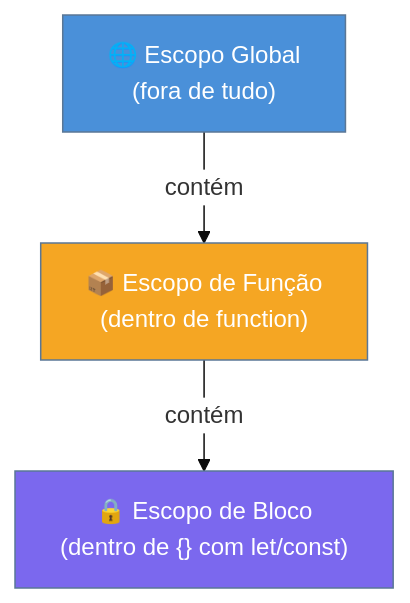
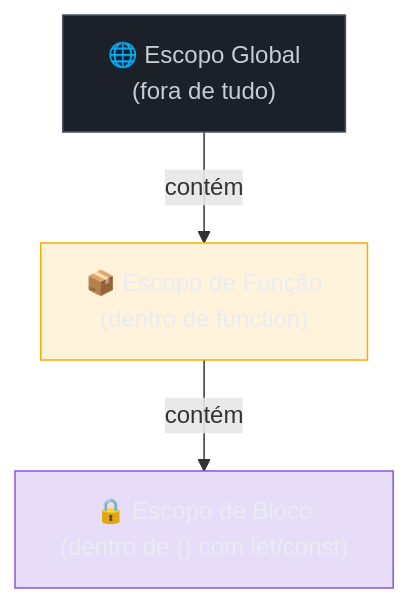
One commit to josenaldo/codex-technomanticus changed the first of 3 diagrams in 03-Dominios/Tecnologia/JavaScript/04 - Variáveis e escopo.md. Above: the diagram before and after it, drawn with Mermaid. The commit also changed other lines of this file and 1181 other files, not shown here.

First line of the commit message:
fix(diagramas): paleta do sistema no lugar de cor cravada no markdown

````diff
--- a/03-Dominios/Tecnologia/JavaScript/04 - Variáveis e escopo.md
+++ b/03-Dominios/Tecnologia/JavaScript/04 - Variáveis e escopo.md
@@ -60,14 +60,16 @@
 ```mermaid
-%%{init: {"theme": "base", "themeVariables": {"primaryColor": "#4A90D9", "edgeLabelBackground": "#ffffff"}}}%%
 graph TD
+    classDef neutro fill:#1B2029,stroke:#4E5666,color:#C6CCD8
+    classDef destaque fill:#FFAA0024,stroke:#FFAA00,color:#E9ECF2
+    classDef marca fill:#8855DF33,stroke:#8855DF,color:#E9ECF2
     G["🌐 Escopo Global\n(fora de tudo)"]
     F["📦 Escopo de Função\n(dentro de function)"]
     B["🔒 Escopo de Bloco\n(dentro de {} com let/const)"]
 
     G -->|contém| F
     F -->|contém| B
 
-    style G fill:#4A90D9,color:#fff
-    style F fill:#F5A623,color:#fff
-    style B fill:#7B68EE,color:#fff
+    class G neutro
+    class F destaque
+    class B marca
 ```
````
